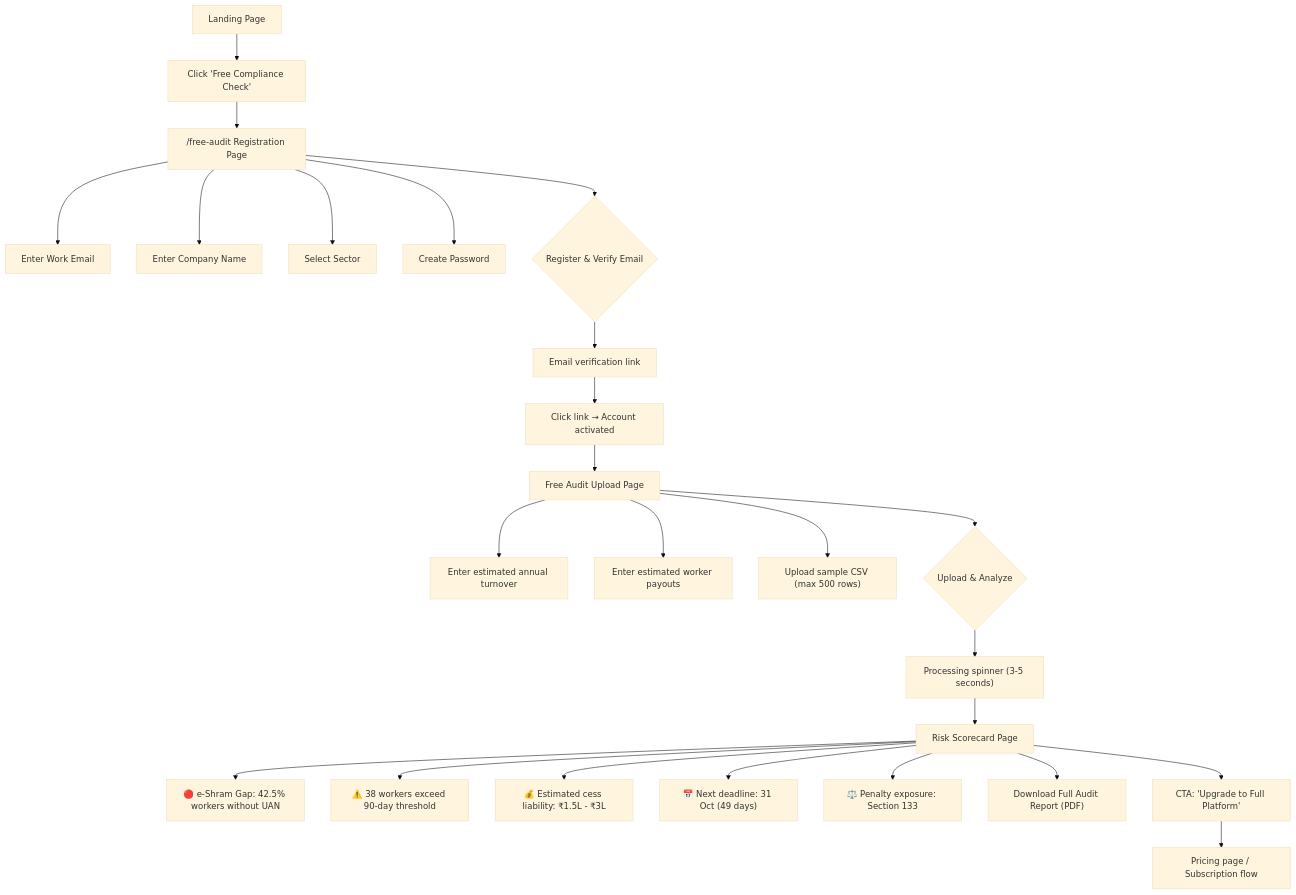
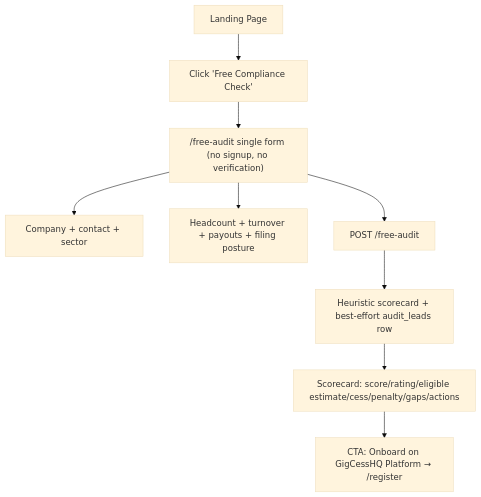
The eighth of 12 diagrams in docs/user_flows.md (nonimousmusic/Gig-Worker-Social-Security-Compliance-Platform), drawn with Mermaid (base theme) before and after one commit. The commit also changed other lines of this file and 89 other files, not shown here.

````diff
--- a/docs/user_flows.md
+++ b/docs/user_flows.md
@@ -364,27 +233,11 @@
 ```mermaid
 flowchart TD
     A["Landing Page"] --> B["Click 'Free Compliance Check'"]
-    B --> C["/free-audit Registration Page"]
-    C --> C1["Enter Work Email"]
-    C --> C2["Enter Company Name"]
-    C --> C3["Select Sector"]
-    C --> C4["Create Password"]
-    C --> D{"Register & Verify Email"}
-    D --> E["Email verification link"]
-    E --> F["Click link → Account activated"]
-    F --> G["Free Audit Upload Page"]
-    G --> G1["Enter estimated annual turnover"]
-    G --> G2["Enter estimated worker payouts"]
-    G --> G3["Upload sample CSV (max 500 rows)"]
-    G --> H{"Upload & Analyze"}
-    H --> I["Processing spinner (3-5 seconds)"]
-    I --> J["Risk Scorecard Page"]
-    J --> J1["🔴 e-Shram Gap: 42.5% workers without UAN"]
-    J --> J2["⚠️ 38 workers exceed 90-day threshold"]
-    J --> J3["💰 Estimated cess liability: ₹1.5L - ₹3L"]
-    J --> J4["📅 Next deadline: 31 Oct (49 days)"]
-    J --> J5["⚖️ Penalty exposure: Section 133"]
-    J --> K["Download Full Audit Report (PDF)"]
-    J --> L["CTA: 'Upgrade to Full Platform'"]
-    L --> M["Pricing page / Subscription flow"]
+    B --> C["/free-audit single form (no signup, no verification)"]
+    C --> C1["Company + contact + sector"]
+    C --> C2["Headcount + turnover + payouts + filing posture"]
+    C --> D["POST /free-audit"]
+    D --> E["Heuristic scorecard + best-effort audit_leads row"]
+    E --> F["Scorecard: score/rating/eligible estimate/cess/penalty/gaps/actions"]
+    F --> G["CTA: Onboard on GigCessHQ Platform → /register"]
 ```
````
